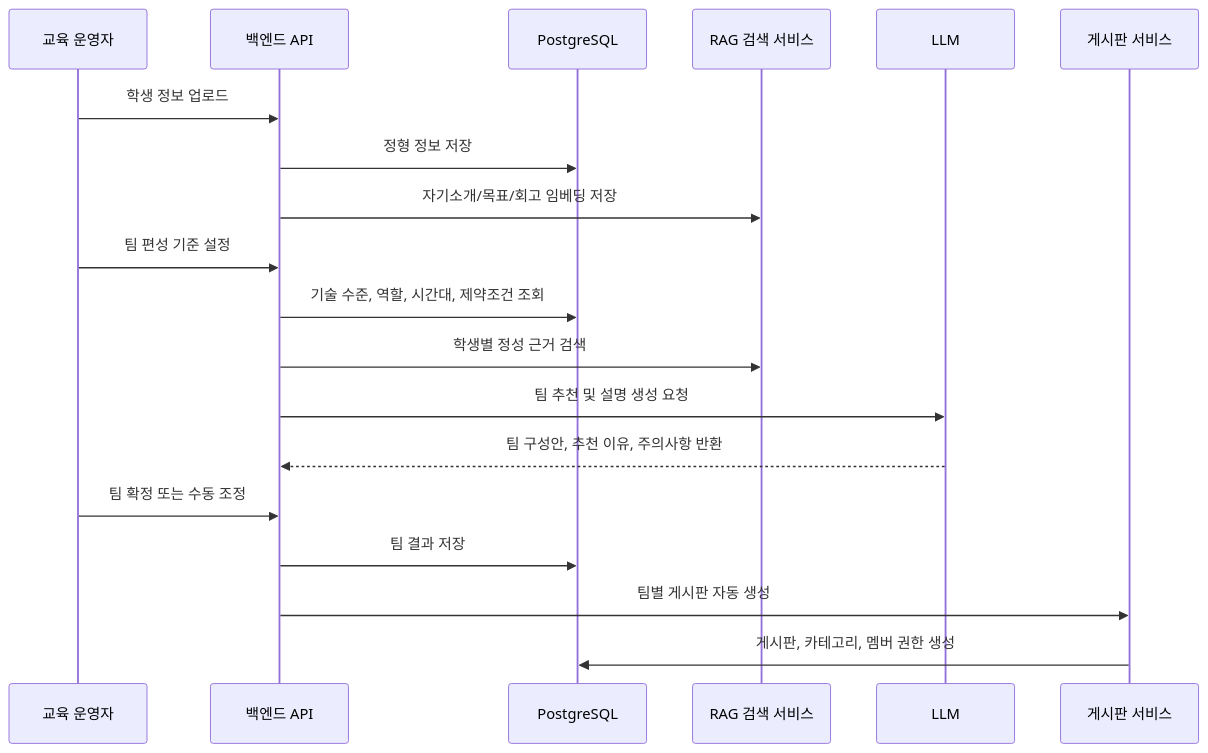
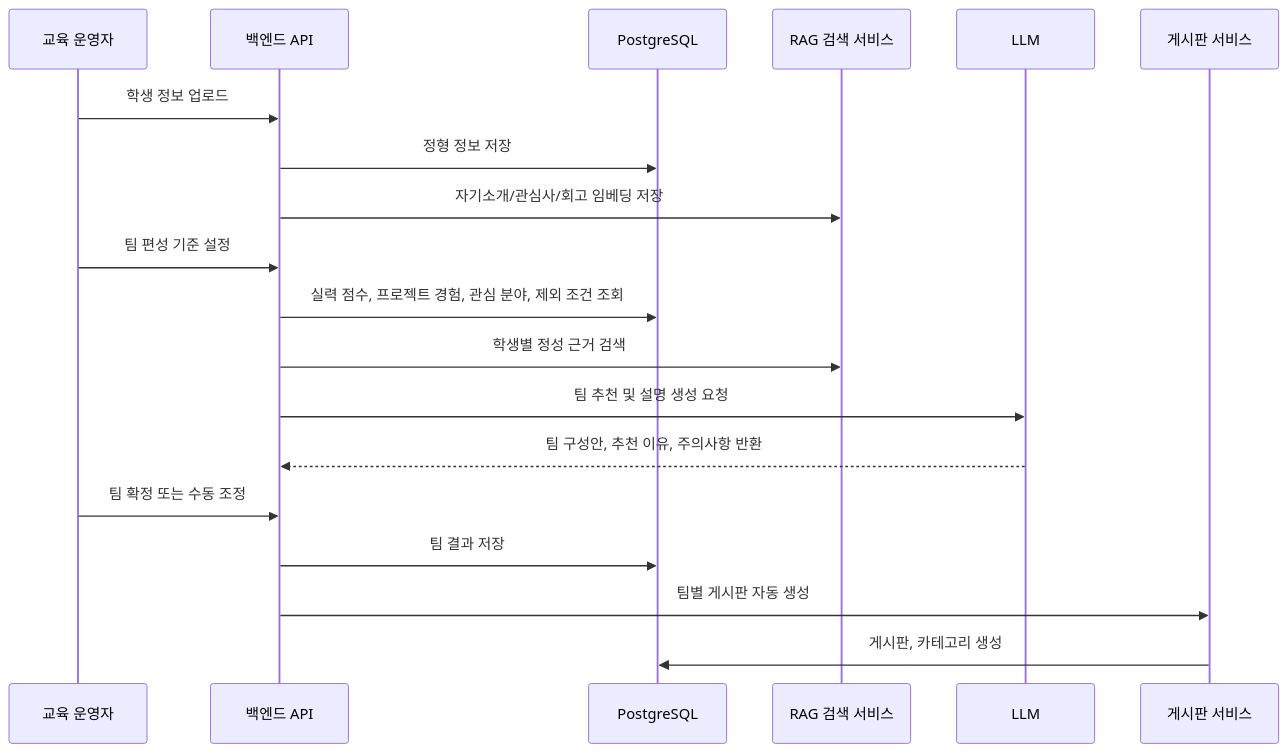
The second of 2 diagrams in JUNGLE-BOARD-README.md (KFJG-Team1/rag-board), drawn with Mermaid before and after one commit. The commit also changed other lines of this file, not shown here.

Commit message:
RAG 팀 빌딩 서비스 문서 갱신

````diff
--- a/JUNGLE-BOARD-README.md
+++ b/JUNGLE-BOARD-README.md
@@ -215,24 +221,24 @@
 ```mermaid
 sequenceDiagram
   participant O as 교육 운영자
   participant API as 백엔드 API
   participant DB as PostgreSQL
   participant RAG as RAG 검색 서비스
   participant AI as LLM
   participant Board as 게시판 서비스
 
   O->>API: 학생 정보 업로드
   API->>DB: 정형 정보 저장
-  API->>RAG: 자기소개/목표/회고 임베딩 저장
+  API->>RAG: 자기소개/관심사/회고 임베딩 저장
 
   O->>API: 팀 편성 기준 설정
-  API->>DB: 기술 수준, 역할, 시간대, 제약조건 조회
+  API->>DB: 실력 점수, 프로젝트 경험, 관심 분야, 제외 조건 조회
   API->>RAG: 학생별 정성 근거 검색
   API->>AI: 팀 추천 및 설명 생성 요청
   AI-->>API: 팀 구성안, 추천 이유, 주의사항 반환
 
   O->>API: 팀 확정 또는 수동 조정
   API->>DB: 팀 결과 저장
   API->>Board: 팀별 게시판 자동 생성
-  Board->>DB: 게시판, 카테고리, 멤버 권한 생성
+  Board->>DB: 게시판, 카테고리 생성
 ```
````
